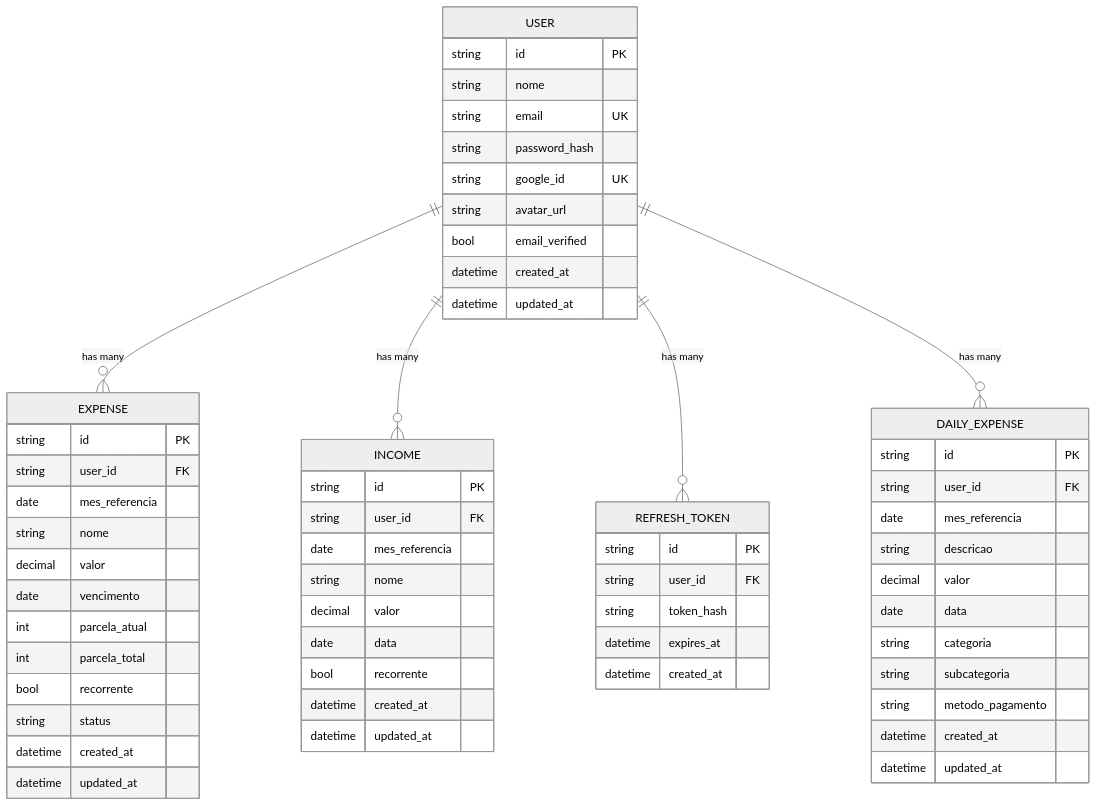
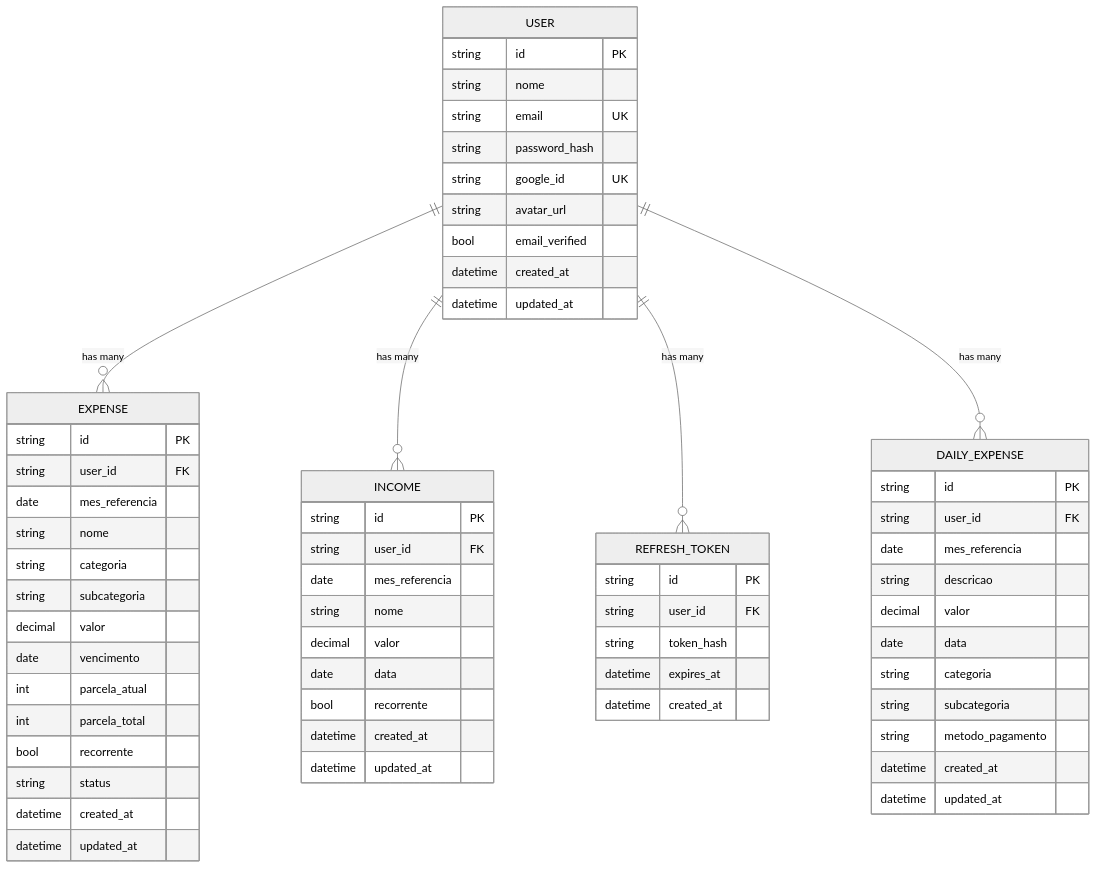
One commit to RafaelPeixoto01/meu-controle changed the second of 3 diagrams in docs/02-ARCHITECTURE.md. Above: the diagram before and after it, drawn with Mermaid (neutral theme). The commit also changed other lines of this file and 17 other files, not shown here.

````diff
--- a/docs/02-ARCHITECTURE.md
+++ b/docs/02-ARCHITECTURE.md
@@ -195,64 +195,66 @@
 ```mermaid
 erDiagram
     USER ||--o{ EXPENSE : "has many"
     USER ||--o{ INCOME : "has many"
     USER ||--o{ REFRESH_TOKEN : "has many"
     USER ||--o{ DAILY_EXPENSE : "has many"
 
     USER {
         string id PK
         string nome
         string email UK
         string password_hash
         string google_id UK
         string avatar_url
         bool email_verified
         datetime created_at
         datetime updated_at
     }
     EXPENSE {
         string id PK
         string user_id FK
         date mes_referencia
         string nome
+        string categoria
+        string subcategoria
         decimal valor
         date vencimento
         int parcela_atual
         int parcela_total
         bool recorrente
         string status
         datetime created_at
         datetime updated_at
     }
     INCOME {
         string id PK
         string user_id FK
         date mes_referencia
         string nome
         decimal valor
         date data
         bool recorrente
         datetime created_at
         datetime updated_at
     }
     REFRESH_TOKEN {
         string id PK
         string user_id FK
         string token_hash
         datetime expires_at
         datetime created_at
     }
     DAILY_EXPENSE {
         string id PK
         string user_id FK
         date mes_referencia
         string descricao
         decimal valor
         date data
         string categoria
         string subcategoria
         string metodo_pagamento
         datetime created_at
         datetime updated_at
     }
 ```
````
